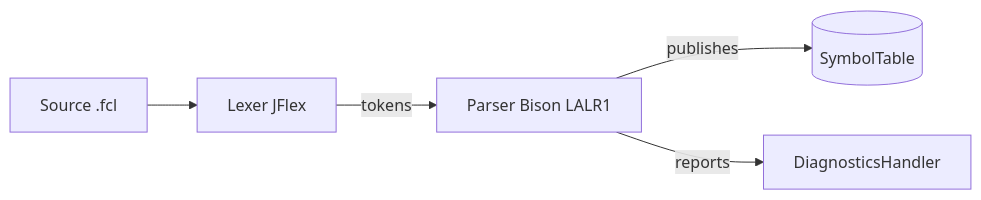
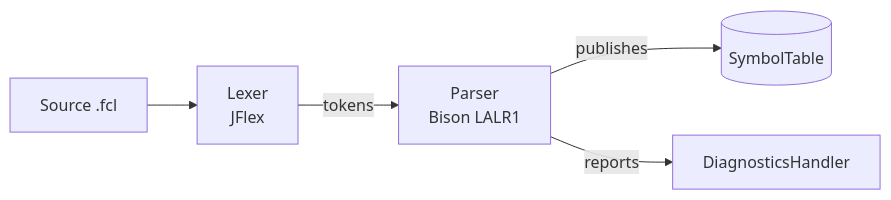
The diagram in README.md (PascalUser/FLC-IEC61131-7), drawn with Mermaid before and after one commit. The commit also changed other lines of this file and 39 other files, not shown here.

````diff
--- a/README.md
+++ b/README.md
@@ -72,7 +72,9 @@
 ```mermaid
 flowchart LR
-    SRC[Source .fcl] --> LEX[Lexer JFlex]
-    LEX -- tokens --> PAR[Parser Bison LALR1]
+    SRC[Source .fcl] --> LEX[Lexer
+JFlex]
+    LEX -- tokens --> PAR[Parser
+Bison LALR1]
     PAR -- publishes --> ST[(SymbolTable)]
     PAR -- reports --> DIAG[DiagnosticsHandler]
 ```
````
